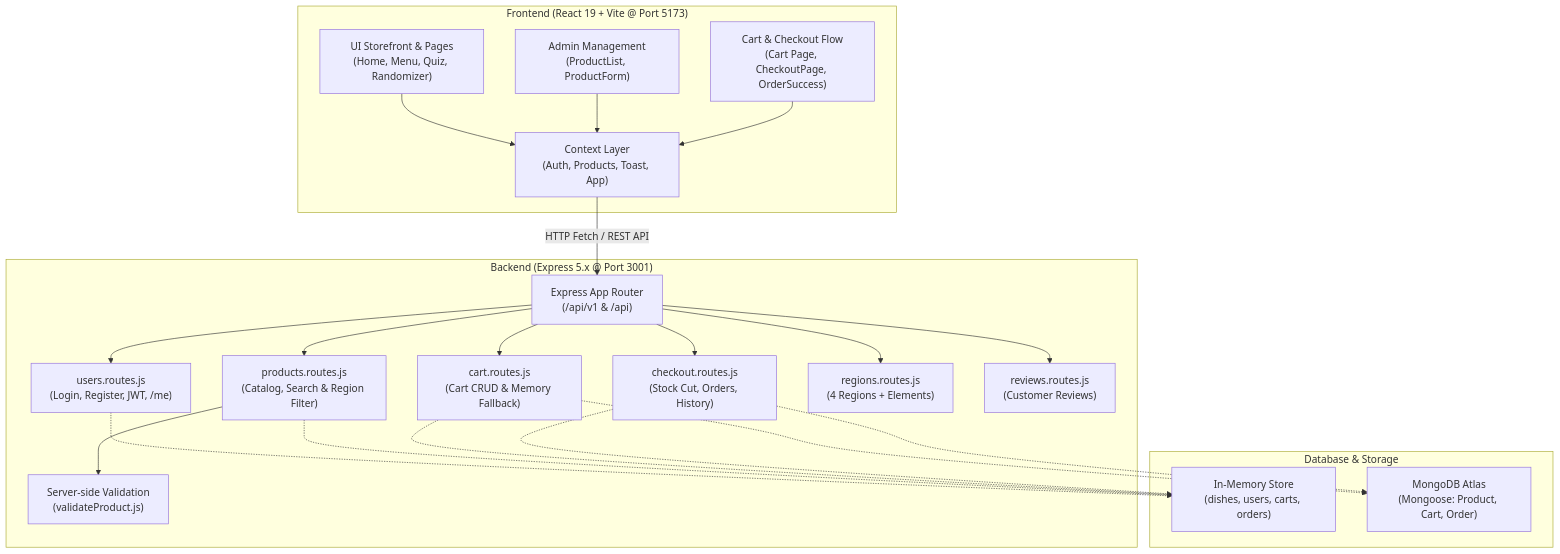
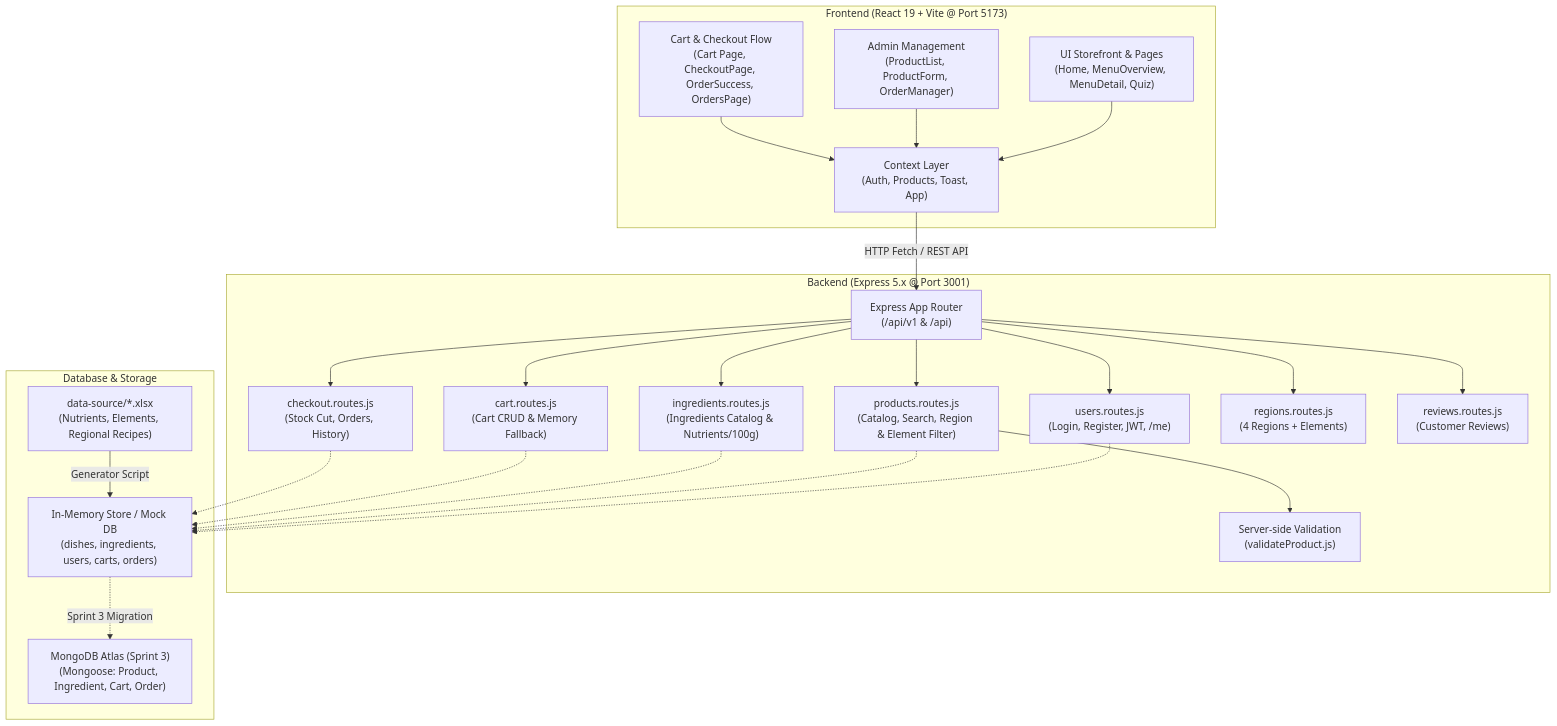
One commit to DeltaZhou1997/JSD13-That-tae-project changed the diagram in README.md. Above: the diagram before and after it, drawn with Mermaid. The commit also changed other lines of this file, not shown here.

Commit message:
docs: update README with mock DB guide, team roles, and sprint 3 roadmap

````diff
--- a/README.md
+++ b/README.md
@@ -25,45 +35,50 @@
 ```mermaid
 flowchart TB
     subgraph Client ["Frontend (React 19 + Vite @ Port 5173)"]
-        UI["UI Storefront & Pages\n(Home, Menu, Quiz, Randomizer)"]
-        Admin["Admin Management\n(ProductList, ProductForm)"]
-        CartCheckout["Cart & Checkout Flow\n(Cart Page, CheckoutPage, OrderSuccess)"]
+        UI["UI Storefront & Pages\n(Home, MenuOverview, MenuDetail, Quiz)"]
+        Admin["Admin Management\n(ProductList, ProductForm, OrderManager)"]
+        CartCheckout["Cart & Checkout Flow\n(Cart Page, CheckoutPage, OrderSuccess, OrdersPage)"]
         AuthContext["Context Layer\n(Auth, Products, Toast, App)"]
     end
 
     subgraph Server ["Backend (Express 5.x @ Port 3001)"]
         API["Express App Router\n(/api/v1 & /api)"]
         UsersRoute["users.routes.js\n(Login, Register, JWT, /me)"]
-        ProductsRoute["products.routes.js\n(Catalog, Search & Region Filter)"]
+        ProductsRoute["products.routes.js\n(Catalog, Search, Region & Element Filter)"]
+        IngredientsRoute["ingredients.routes.js\n(Ingredients Catalog & Nutrients/100g)"]
         CartRoute["cart.routes.js\n(Cart CRUD & Memory Fallback)"]
         CheckoutRoute["checkout.routes.js\n(Stock Cut, Orders, History)"]
         RegionsRoute["regions.routes.js\n(4 Regions + Elements)"]
         ReviewsRoute["reviews.routes.js\n(Customer Reviews)"]
         Validation["Server-side Validation\n(validateProduct.js)"]
     end
 
     subgraph DataStore ["Database & Storage"]
-        MockStore["In-Memory Store\n(dishes, users, carts, orders)"]
-        MongoDB["MongoDB Atlas\n(Mongoose: Product, Cart, Order)"]
+        MockStore["In-Memory Store / Mock DB\n(dishes, ingredients, users, carts, orders)"]
+        ExcelData["data-source/*.xlsx\n(Nutrients, Elements, Regional Recipes)"]
+        MongoDB["MongoDB Atlas (Sprint 3)\n(Mongoose: Product, Ingredient, Cart, Order)"]
     end
 
     UI --> AuthContext
     Admin --> AuthContext
     CartCheckout --> AuthContext
 
     AuthContext -->|"HTTP Fetch / REST API"| API
     API --> UsersRoute
     API --> ProductsRoute
+    API --> IngredientsRoute
     API --> CartRoute
     API --> CheckoutRoute
     API --> RegionsRoute
     API --> ReviewsRoute
     ProductsRoute --> Validation
 
+    ExcelData -->|"Generator Script"| MockStore
     UsersRoute -.-> MockStore
     ProductsRoute -.-> MockStore
+    IngredientsRoute -.-> MockStore
     CartRoute -.-> MockStore
-    CartRoute -.-> MongoDB
     CheckoutRoute -.-> MockStore
-    CheckoutRoute -.-> MongoDB
+
+    MockStore -.->|"Sprint 3 Migration"| MongoDB
 ```
````
